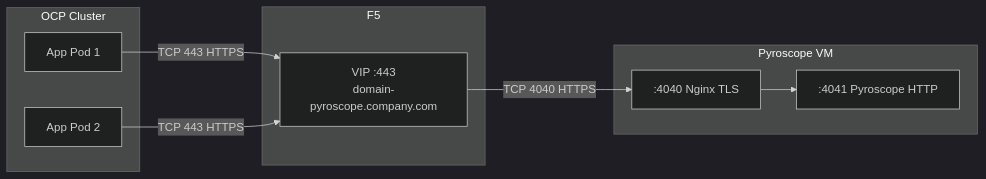
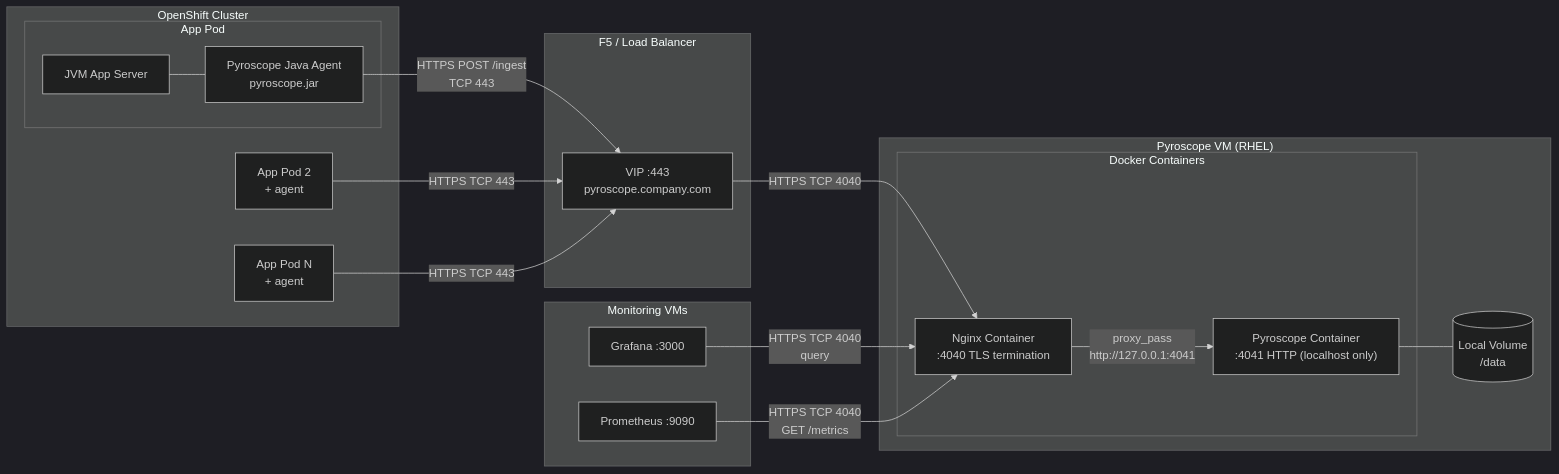
Before and after one commit to aff0gat000/pyroscope: the first of 2 diagrams in docs/capacity-planning.md, drawn with Mermaid (dark theme). The commit also changed other lines of this file and 9 other files, not shown here.

````diff
--- a/docs/capacity-planning.md
+++ b/docs/capacity-planning.md
@@ -253,16 +213,38 @@
 ```mermaid
 graph LR
-    subgraph "OCP Cluster"
-        Pod1["App Pod 1"] & Pod2["App Pod 2"]
+    subgraph "OpenShift Cluster"
+        subgraph "App Pod"
+            JVM["JVM App Server"]
+            Agent["Pyroscope Java Agent<br/>pyroscope.jar"]
+            JVM --- Agent
+        end
+        Pod2["App Pod 2<br/>+ agent"]
+        PodN["App Pod N<br/>+ agent"]
     end
-    subgraph "F5"
-        VIP["VIP :443<br/>domain-pyroscope.company.com"]
+
+    subgraph "F5 / Load Balancer"
+        VIP["VIP :443<br/>pyroscope.company.com"]
     end
-    subgraph "Pyroscope VM"
-        Nginx[":4040 Nginx TLS"]
-        Pyro[":4041 Pyroscope HTTP"]
-        Nginx --> Pyro
+
+    subgraph "Pyroscope VM (RHEL)"
+        subgraph "Docker Containers"
+            Nginx["Nginx Container<br/>:4040 TLS termination"]
+            Pyro["Pyroscope Container<br/>:4041 HTTP (localhost only)"]
+        end
+        Vol[("Local Volume<br/>/data")]
+        Nginx -->|"proxy_pass<br/>http://127.0.0.1:4041"| Pyro
+        Pyro --- Vol
     end
-    Pod1 & Pod2 -->|"TCP 443 HTTPS"| VIP
-    VIP -->|"TCP 4040 HTTPS"| Nginx
+
+    subgraph "Monitoring VMs"
+        Grafana["Grafana :3000"]
+        Prom["Prometheus :9090"]
+    end
+
+    Agent -->|"HTTPS POST /ingest<br/>TCP 443"| VIP
+    Pod2 -->|"HTTPS TCP 443"| VIP
+    PodN -->|"HTTPS TCP 443"| VIP
+    VIP -->|"HTTPS TCP 4040"| Nginx
+    Grafana -->|"HTTPS TCP 4040<br/>query"| Nginx
+    Prom -->|"HTTPS TCP 4040<br/>GET /metrics"| Nginx
 ```
````
